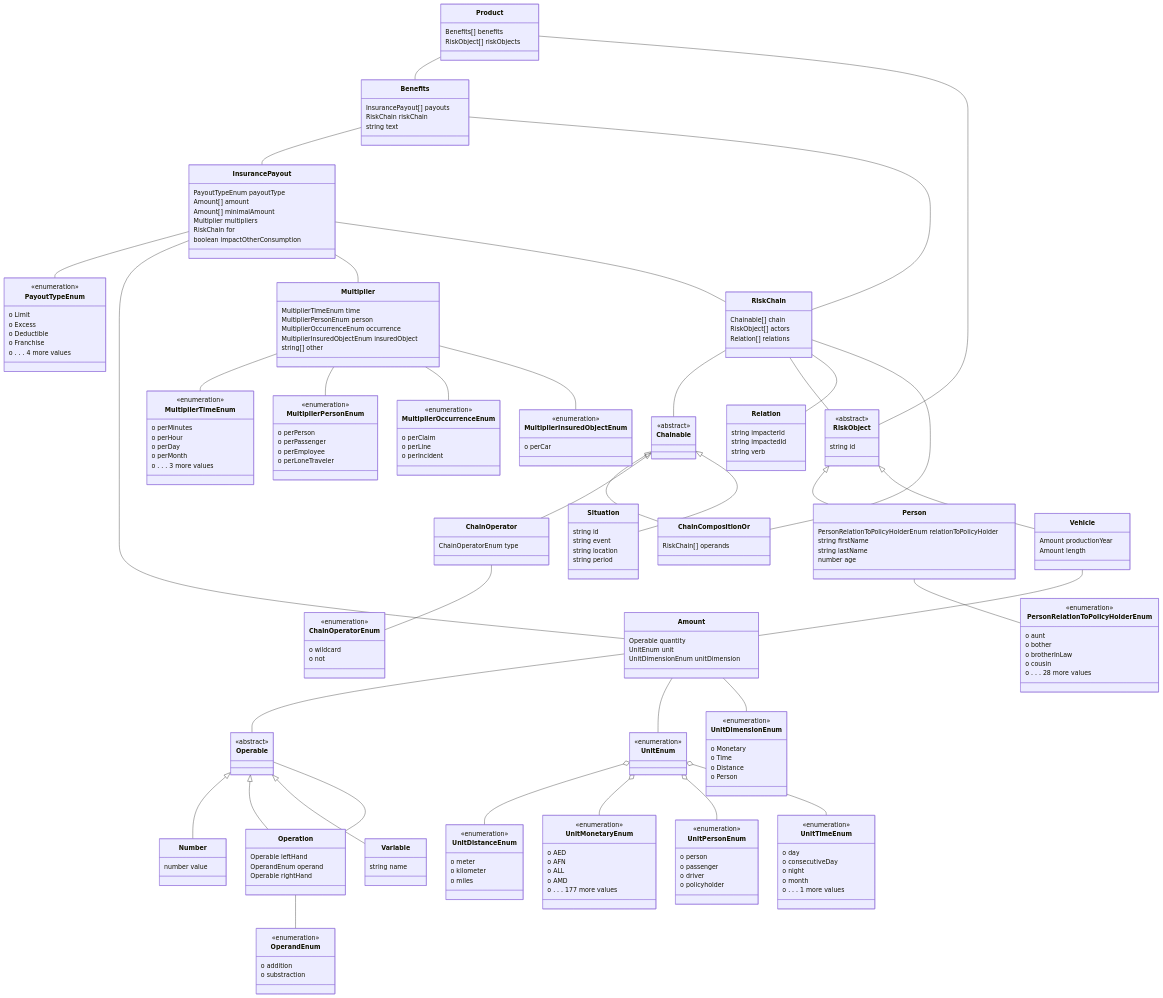
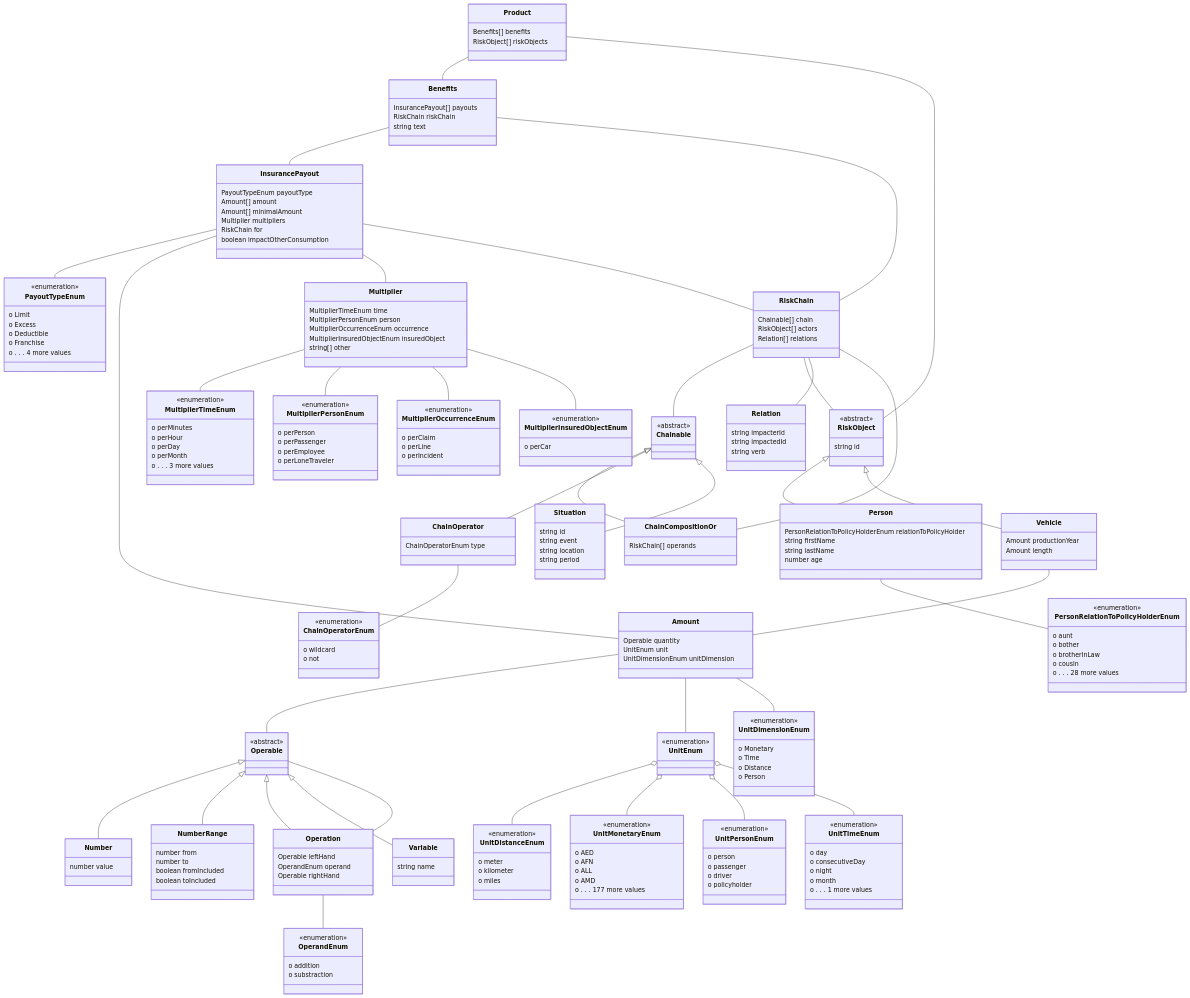
The diagram in datamodel-build/mermaid/diagram.mmd (codexstanford/Insurance-Payout-Ontology), drawn with Mermaid before and after one commit. The commit also changed 121 other files, not shown here.

```diff
--- a/datamodel-build/mermaid/diagram.mmd
+++ b/datamodel-build/mermaid/diagram.mmd
@@ -126,6 +126,18 @@
 class Number {
 
   number value
+
+}
+
+
+
+Operable <|-- NumberRange
+class NumberRange {
+
+  number from
+  number to
+  boolean fromIncluded
+  boolean toIncluded
 
 }
 
```
